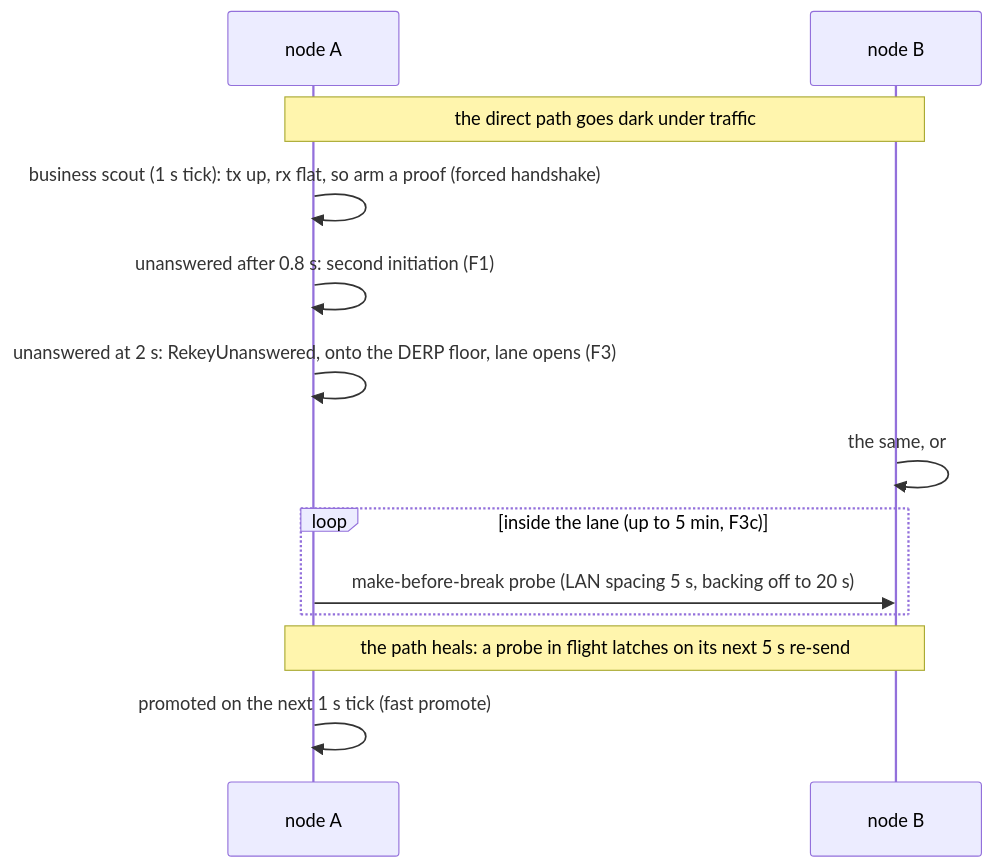
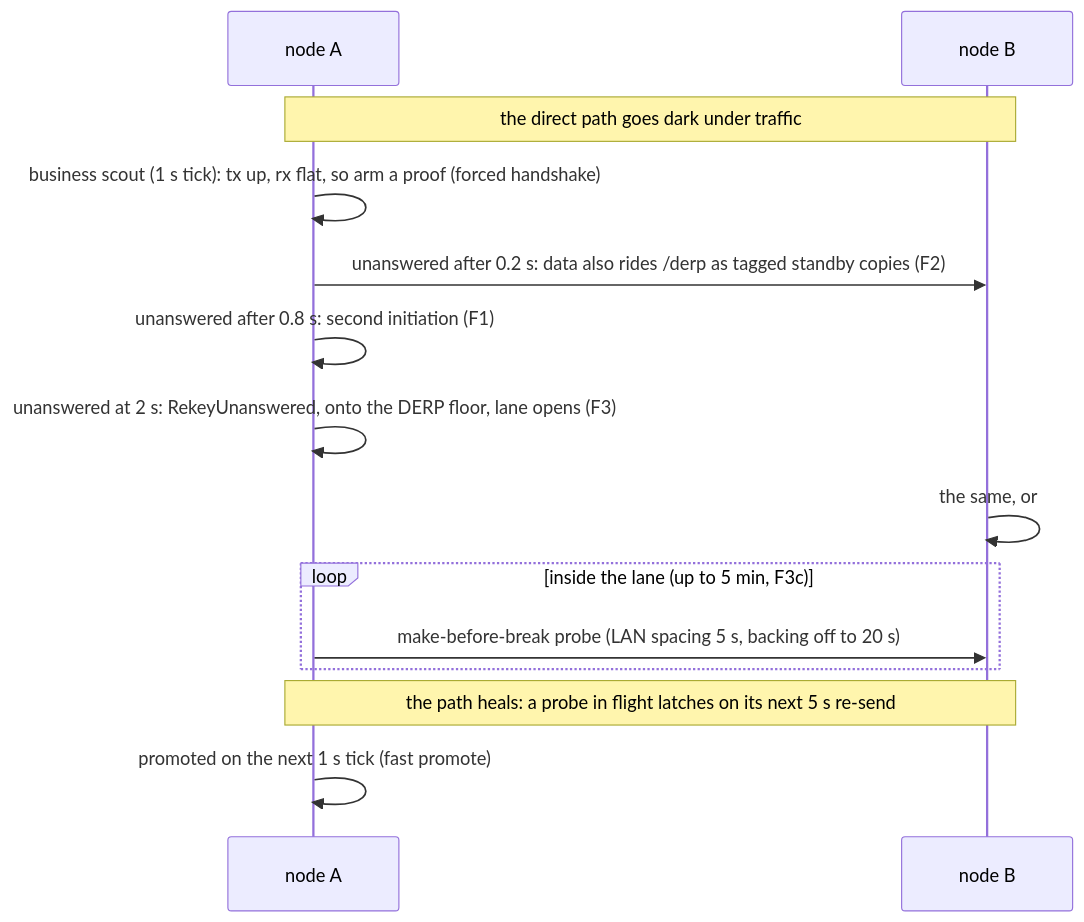
Before and after one commit to jk-zhang-meta/MeshHarbor: the fourth of 4 diagrams in docs/overlay-nat-traversal.md, drawn with Mermaid. The commit also changed other lines of this file, not shown here.

First line of the commit message:
docs: failover section gains F2 standby copies, measured

````diff
--- a/docs/overlay-nat-traversal.md
+++ b/docs/overlay-nat-traversal.md
@@ -471,15 +472,16 @@
 ```mermaid
 sequenceDiagram
   participant A as node A
   participant B as node B
   Note over A,B: the direct path goes dark under traffic
   A->>A: business scout (1 s tick): tx up, rx flat, so arm a proof (forced handshake)
+  A->>B: unanswered after 0.2 s: data also rides /derp as tagged standby copies (F2)
   A->>A: unanswered after 0.8 s: second initiation (F1)
   A->>A: unanswered at 2 s: RekeyUnanswered, onto the DERP floor, lane opens (F3)
   B->>B: the same, or #27 demote-follow on A's /derp frames
   loop inside the lane (up to 5 min, F3c)
     A->>B: make-before-break probe (LAN spacing 5 s, backing off to 20 s)
   end
   Note over A,B: the path heals: a probe in flight latches on its next 5 s re-send
   A->>A: promoted on the next 1 s tick (fast promote)
 ```
````
